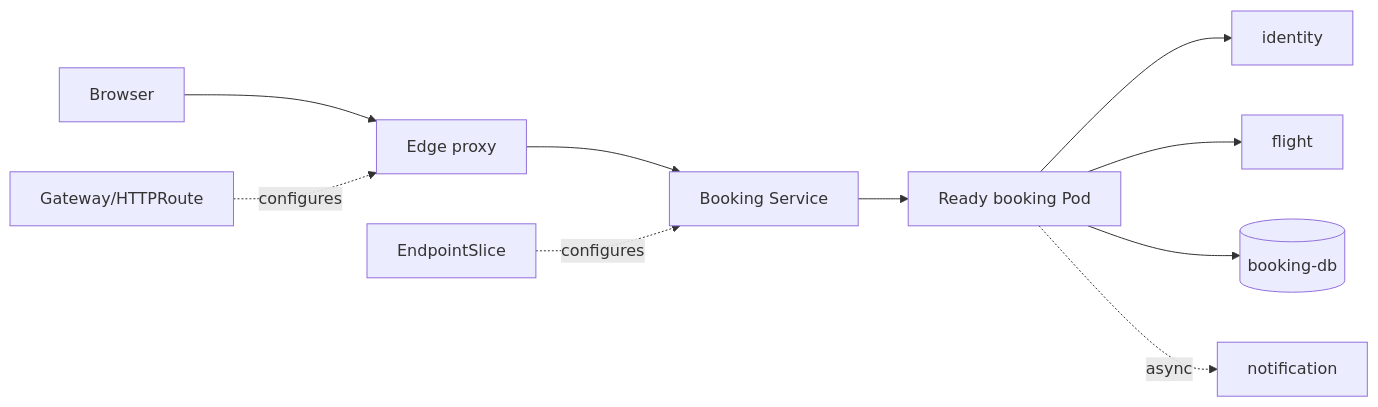
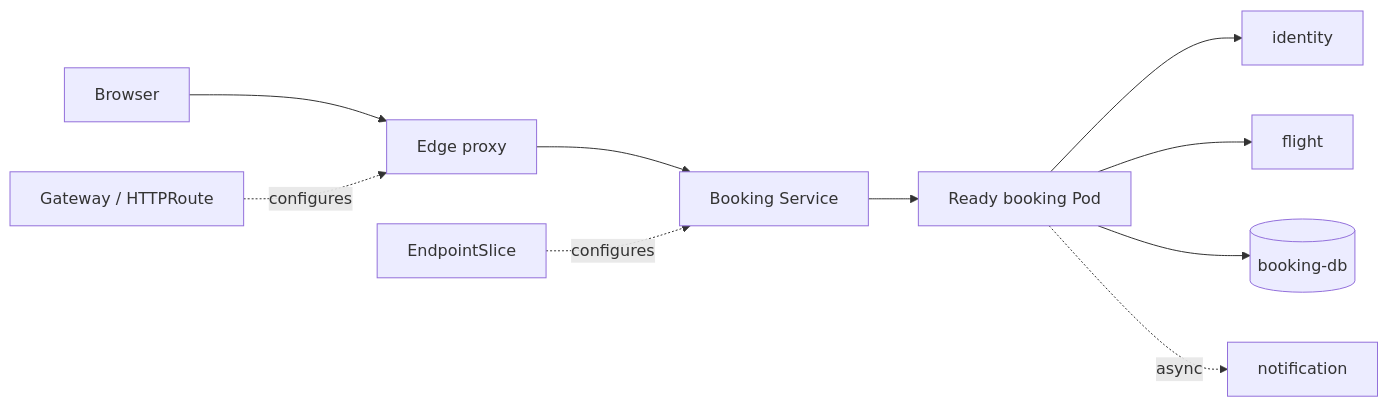
The first of 2 diagrams in docs/learn/capstone/a-booking-through-kubernetes.md (darshan-raul/apollo11-docs), drawn with Mermaid before and after one commit. The commit also changed other lines of this file and 55 other files, not shown here.

````diff
--- a/docs/learn/capstone/a-booking-through-kubernetes.md
+++ b/docs/learn/capstone/a-booking-through-kubernetes.md
@@ -24,10 +30,10 @@
 ```mermaid
 flowchart LR
   B[Browser] --> E[Edge proxy] --> S[Booking Service] --> P[Ready booking Pod]
-  P --> I[identity] 
+  P --> I[identity]
   P --> F[flight]
   P --> D[(booking-db)]
   P -.async.-> N[notification]
-  R[Gateway/HTTPRoute] -.configures.-> E
+  R[Gateway / HTTPRoute] -.configures.-> E
   EP[EndpointSlice] -.configures.-> S
 ```
````
